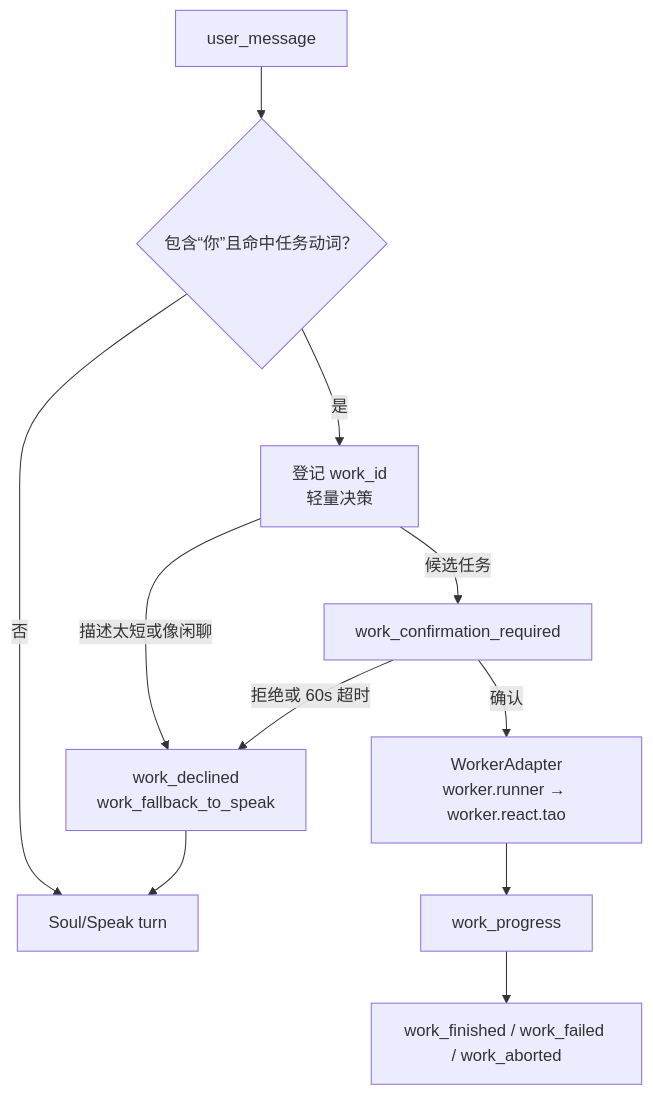
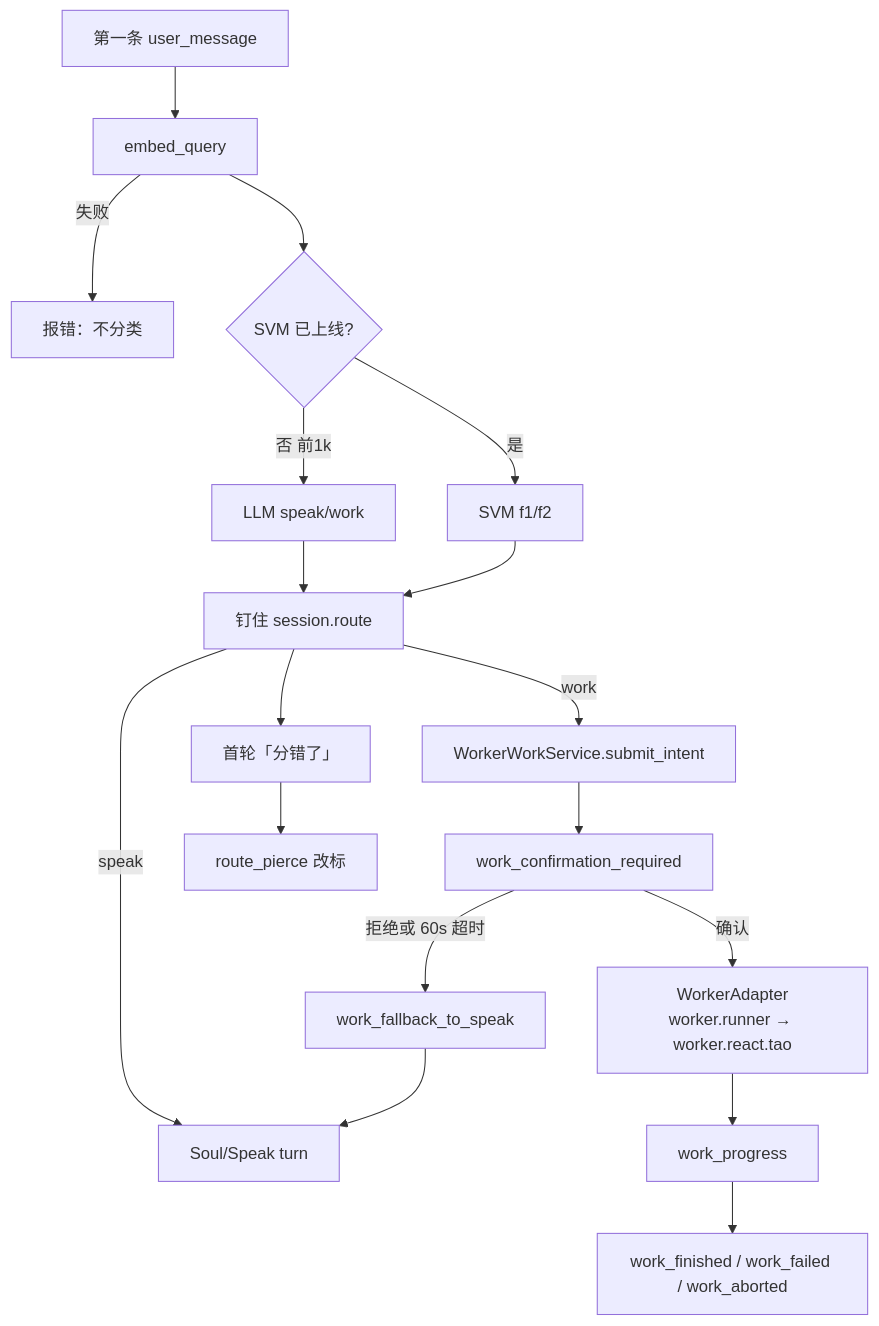
Before and after one commit to SunsettiaSama/Animus: the second of 3 diagrams in docs/webui/README.md, drawn with Mermaid. The commit also changed other lines of this file and 251 other files, not shown here.

````diff
--- a/docs/webui/README.md
+++ b/docs/webui/README.md
@@ -100,13 +149,20 @@
 ```mermaid
 flowchart TD
-    Q["user_message"] --> M{"包含“你”且命中任务动词？"}
-    M -->|否| S["Soul/Speak turn"]
-    M -->|是| D["登记 work_id<br/>轻量决策"]
-    D -->|描述太短或像闲聊| F["work_declined<br/>work_fallback_to_speak"]
-    D -->|候选任务| C["work_confirmation_required"]
-    C -->|确认| W["WorkerAdapter<br/>worker.runner → worker.react.tao"]
-    C -->|拒绝或 60s 超时| F
+    Q["第一条 user_message"] --> E["embed_query"]
+    E -->|失败| X["报错：不分类"]
+    E --> C{"SVM 已上线?"}
+    C -->|否 前1k| L["LLM speak/work"]
+    C -->|是| V["SVM f1/f2"]
+    L --> R["钉住 session.route"]
+    V --> R
+    R -->|speak| S["Soul/Speak turn"]
+    R -->|work| D["WorkerWorkService.submit_intent"]
+    D --> C2["work_confirmation_required"]
+    C2 -->|确认| W["WorkerAdapter<br/>worker.runner → worker.react.tao"]
+    C2 -->|拒绝或 60s 超时| F["work_fallback_to_speak"]
     F --> S
     W --> P["work_progress"]
-    P --> R["work_finished / work_failed / work_aborted"]
+    P --> RF["work_finished / work_failed / work_aborted"]
+    R --> P2["首轮「分错了」"]
+    P2 --> RP["route_pierce 改标"]
 ```
````
